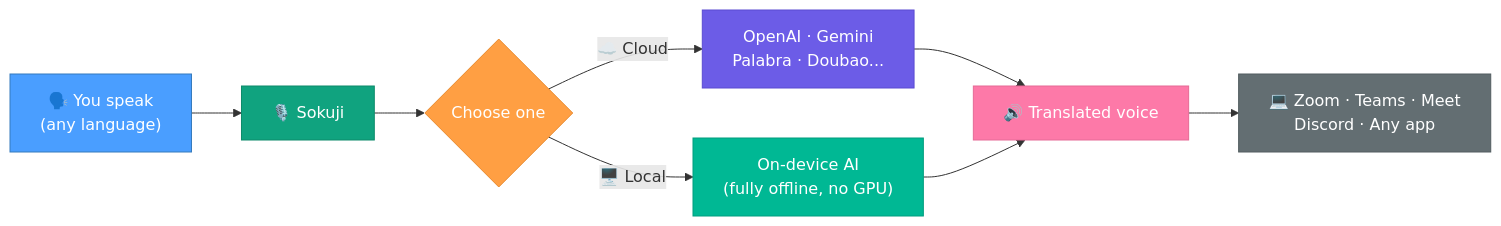
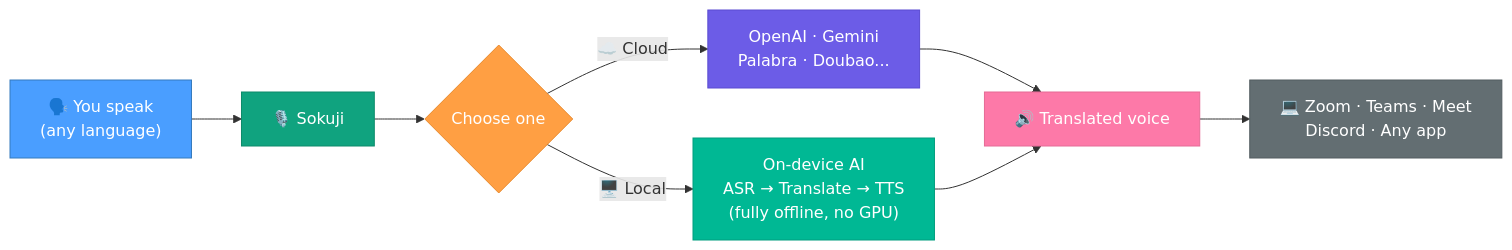
Before and after one commit to kizuna-ai-lab/sokuji: the diagram in README.md, drawn with Mermaid.

Commit message:
docs: show ASR → Translate → TTS pipeline in Local node of diagram

````diff
--- a/README.md
+++ b/README.md
@@ -39,18 +39,18 @@
 ```mermaid
 graph LR
     A["🗣️ You speak<br/>(any language)"] --> B["🎙️ Sokuji"]
     B --> C{"Choose one"}
     C -->|"☁️ Cloud"| D["OpenAI · Gemini<br/>Palabra · Doubao..."]
-    C -->|"🖥️ Local"| E["On-device AI<br/>(fully offline, no GPU)"]
+    C -->|"🖥️ Local"| E["On-device AI<br/>ASR → Translate → TTS<br/>(fully offline, no GPU)"]
     D --> F["🔊 Translated voice"]
     E --> F
     F --> G["💻 Zoom · Teams · Meet<br/>Discord · Any app"]
 
     style A fill:#4a9eff,stroke:#357abd,color:#fff
     style B fill:#10a37f,stroke:#0d8a6a,color:#fff
     style C fill:#ff9f43,stroke:#e88a2e,color:#fff
     style D fill:#6c5ce7,stroke:#5a4bd1,color:#fff
     style E fill:#00b894,stroke:#009d7e,color:#fff
     style F fill:#fd79a8,stroke:#e56b96,color:#fff
     style G fill:#636e72,stroke:#525c60,color:#fff
 ```
````
